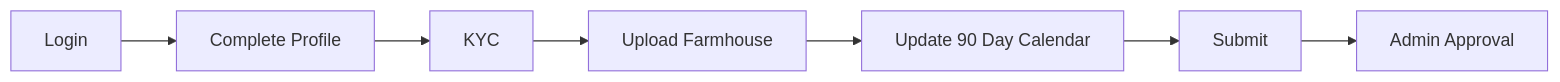
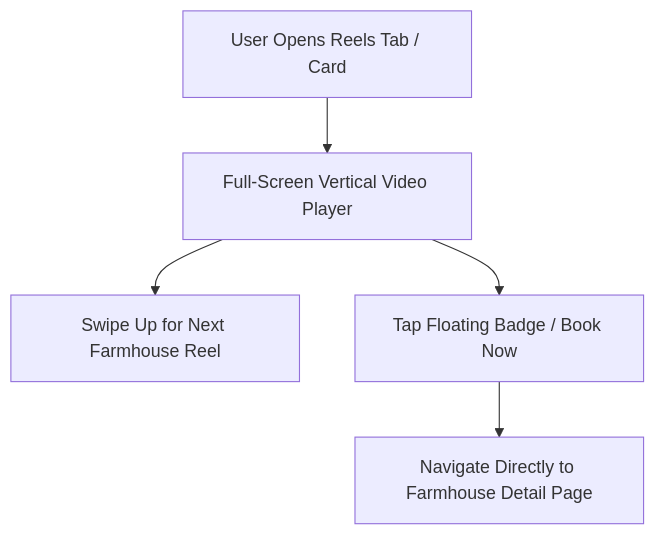
The second of 6 diagrams in documentations/StayGrid_Master_PRD.md (Samyy-Momin/staygrid), drawn with Mermaid before and after one commit. The commit also changed other lines of this file and 96 other files, not shown here.

````diff
--- a/documentations/StayGrid_Master_PRD.md
+++ b/documentations/StayGrid_Master_PRD.md
@@ -149,9 +165,7 @@
 ```mermaid
-flowchart LR
-A[Login]-->B[Complete Profile]
-B-->C[KYC]
-C-->D[Upload Farmhouse]
-D-->E[Update 90 Day Calendar]
-E-->F[Submit]
-F-->G[Admin Approval]
+flowchart TD
+    A[User Opens Reels Tab / Card] --> B[Full-Screen Vertical Video Player]
+    B --> C[Swipe Up for Next Farmhouse Reel]
+    B --> D[Tap Floating Badge / Book Now]
+    D --> E[Navigate Directly to Farmhouse Detail Page]
 ```
````
